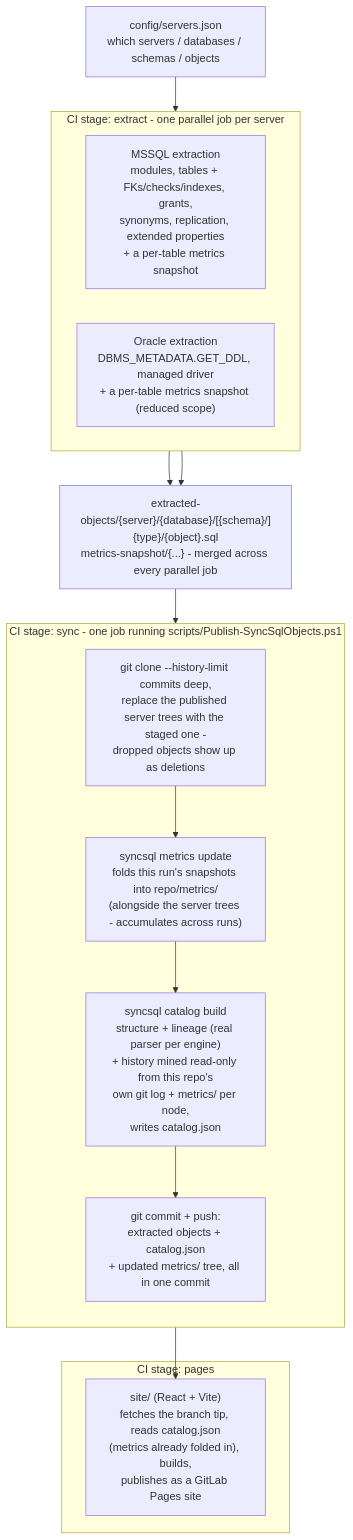
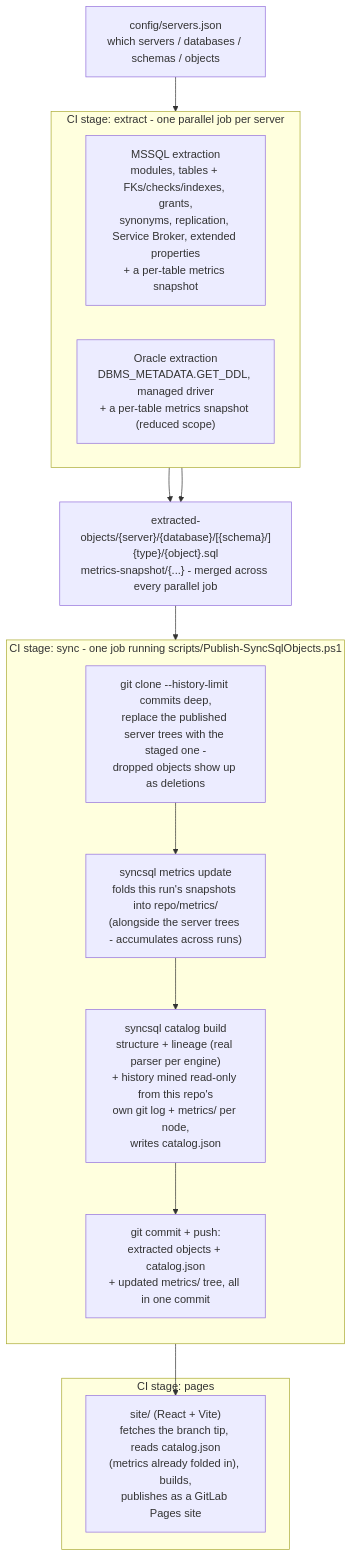
Before and after one commit to cangelosilima/SyncSQL: the diagram in README.md, drawn with Mermaid. The commit also changed other lines of this file and 22 other files, not shown here.

````diff
--- a/README.md
+++ b/README.md
@@ -119,31 +138,31 @@
 ```mermaid
 flowchart TD
     config["config/servers.json<br/>which servers / databases / schemas / objects"]
 
     subgraph extract["CI stage: extract - one parallel job per server"]
         direction LR
-        mssql["MSSQL extraction<br/>modules, tables + FKs/checks/indexes, grants,<br/>synonyms, replication, extended properties<br/>+ a per-table metrics snapshot"]
+        mssql["MSSQL extraction<br/>modules, tables + FKs/checks/indexes, grants,<br/>synonyms, replication, Service Broker, extended properties<br/>+ a per-table metrics snapshot"]
         oracle["Oracle extraction<br/>DBMS_METADATA.GET_DDL, managed driver<br/>+ a per-table metrics snapshot (reduced scope)"]
     end
 
     staged["extracted-objects/{server}/{database}/[{schema}/]{type}/{object}.sql<br/>metrics-snapshot/{...} - merged across every parallel job"]
 
     subgraph sync["CI stage: sync - one job running scripts/Publish-SyncSqlObjects.ps1"]
         direction TB
         clone["git clone --history-limit commits deep,<br/>replace the published server trees with the staged one -<br/>dropped objects show up as deletions"]
         metrics["syncsql metrics update<br/>folds this run's snapshots into repo/metrics/<br/>(alongside the server trees - accumulates across runs)"]
         catalog["syncsql catalog build<br/>structure + lineage (real parser per engine)<br/>+ history mined read-only from this repo's<br/>own git log + metrics/ per node,<br/>writes catalog.json"]
         commit["git commit + push:<br/>extracted objects + catalog.json<br/>+ updated metrics/ tree, all in one commit"]
         clone --> metrics --> catalog --> commit
     end
 
     subgraph pages["CI stage: pages"]
         site["site/ (React + Vite)<br/>fetches the branch tip, reads catalog.json<br/>(metrics already folded in), builds,<br/>publishes as a GitLab Pages site"]
     end
 
     config --> extract
     mssql --> staged
     oracle --> staged
     staged --> sync
     commit --> site
 ```
````
